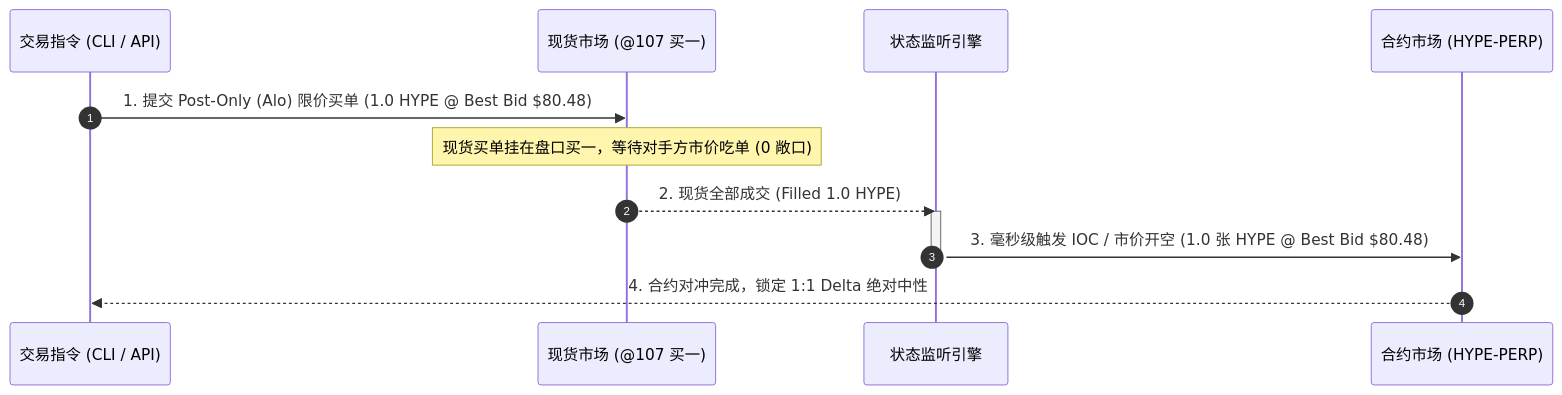
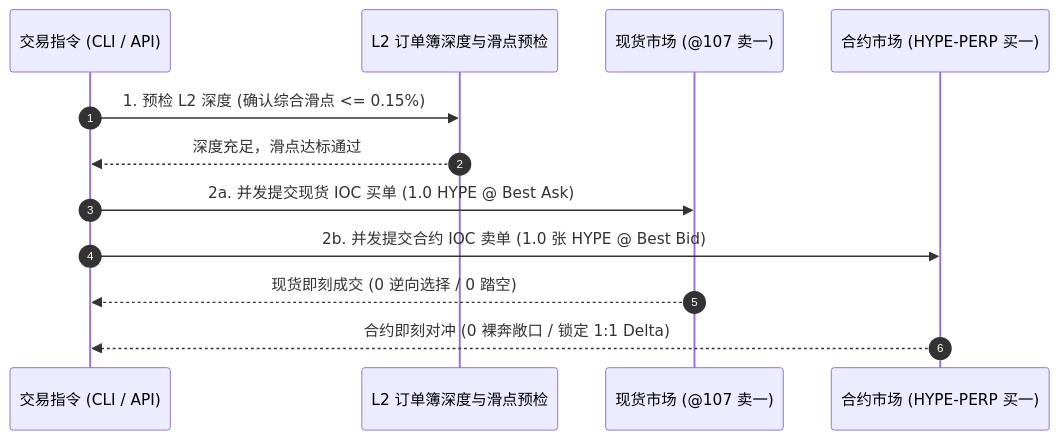
Before and after one commit to xilu0/Funding-rate-arbitrage: the diagram in docs/hyperliquid_hype_delta_neutral_arbitrage.md, drawn with Mermaid. The commit also changed other lines of this file and 11 other files, not shown here.

````diff
--- a/docs/hyperliquid_hype_delta_neutral_arbitrage.md
+++ b/docs/hyperliquid_hype_delta_neutral_arbitrage.md
@@ -104,16 +104,15 @@
 ```mermaid
 sequenceDiagram
     autonumber
     participant Trader as 交易指令 (CLI / API)
-    participant SpotLeg as 现货市场 (@107 买一)
-    participant Listener as 状态监听引擎
-    participant PerpLeg as 合约市场 (HYPE-PERP)
+    participant DepthGuard as L2 订单簿深度与滑点预检
+    participant SpotLeg as 现货市场 (@107 卖一)
+    participant PerpLeg as 合约市场 (HYPE-PERP 买一)
 
-    Trader->>SpotLeg: 1. 提交 Post-Only (Alo) 限价买单 (1.0 HYPE @ Best Bid $80.48)
-    Note over SpotLeg: 现货买单挂在盘口买一，等待对手方市价吃单 (0 敞口)
-    SpotLeg-->>Listener: 2. 现货全部成交 (Filled 1.0 HYPE)
-    activate Listener
-    Listener->>PerpLeg: 3. 毫秒级触发 IOC / 市价开空 (1.0 张 HYPE @ Best Bid $80.48)
-    deactivate Listener
-    PerpLeg-->>Trader: 4. 合约对冲完成，锁定 1:1 Delta 绝对中性
+    Trader->>DepthGuard: 1. 预检 L2 深度 (确认综合滑点 <= 0.15%)
+    DepthGuard-->>Trader: 深度充足，滑点达标通过
+    Trader->>SpotLeg: 2a. 并发提交现货 IOC 买单 (1.0 HYPE @ Best Ask)
+    Trader->>PerpLeg: 2b. 并发提交合约 IOC 卖单 (1.0 张 HYPE @ Best Bid)
+    SpotLeg-->>Trader: 现货即刻成交 (0 逆向选择 / 0 踏空)
+    PerpLeg-->>Trader: 合约即刻对冲 (0 裸奔敞口 / 锁定 1:1 Delta)
 ```
````
